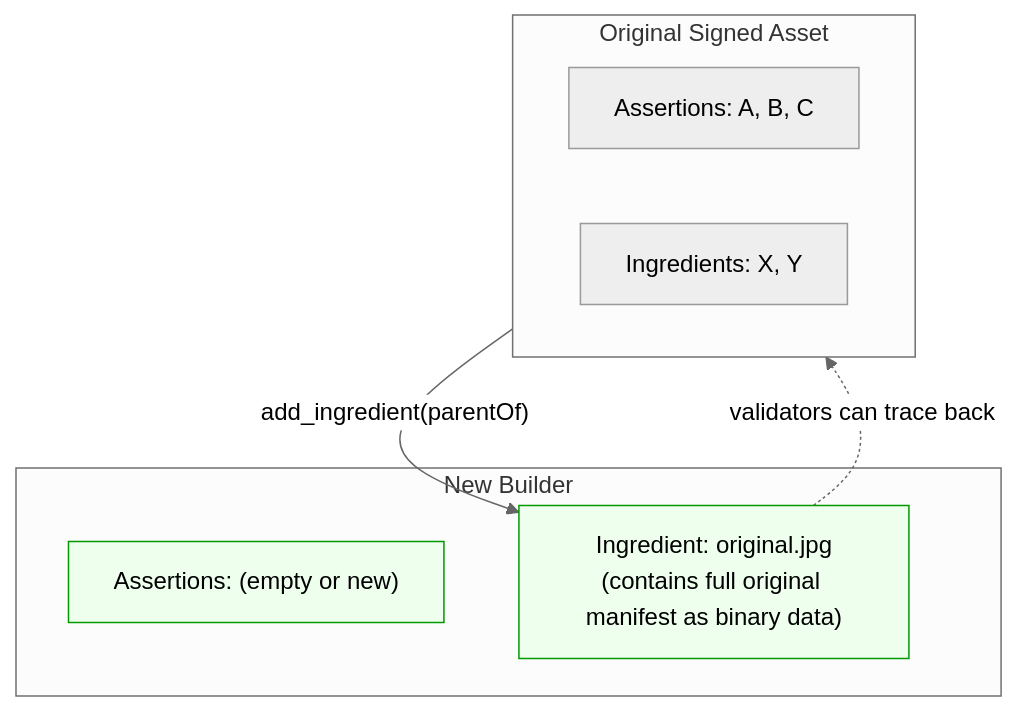
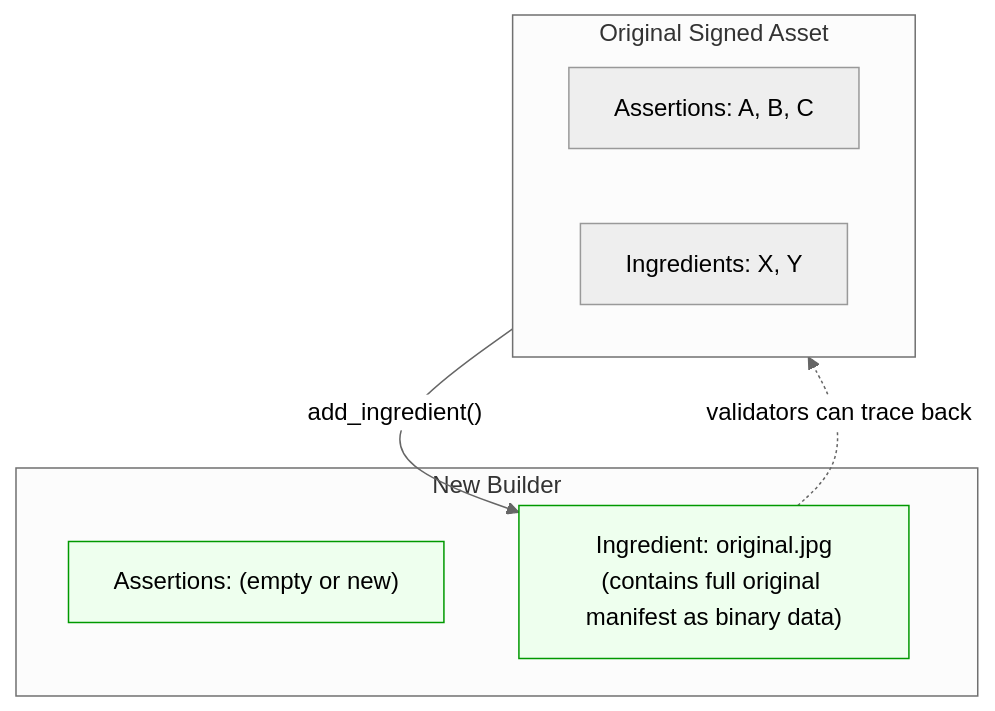
Before and after one commit to contentauth/c2pa-c: the second of 11 diagrams in docs/selective-manifests.md, drawn with Mermaid (neutral theme). The commit also changed other lines of this file, not shown here.

````diff
--- a/docs/selective-manifests.md
+++ b/docs/selective-manifests.md
@@ -173,16 +150,16 @@
 ```mermaid
 flowchart TD
     subgraph Original["Original Signed Asset"]
         OA["Assertions: A, B, C"]
         OI["Ingredients: X, Y"]
     end
     subgraph NewBuilder["New Builder"]
         NA["Assertions: (empty or new)"]
         NI["Ingredient: original.jpg\n(contains full original manifest as binary data)"]
     end
-    Original -->|"add_ingredient(parentOf)"| NI
+    Original -->|"add_ingredient()"| NI
     NI -.->|"validators can trace back"| Original
 
     style NA fill:#efe,stroke:#090
     style NI fill:#efe,stroke:#090
 ```
````
